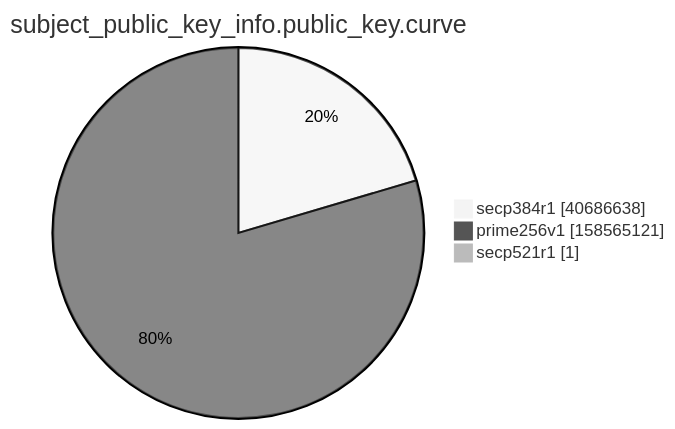
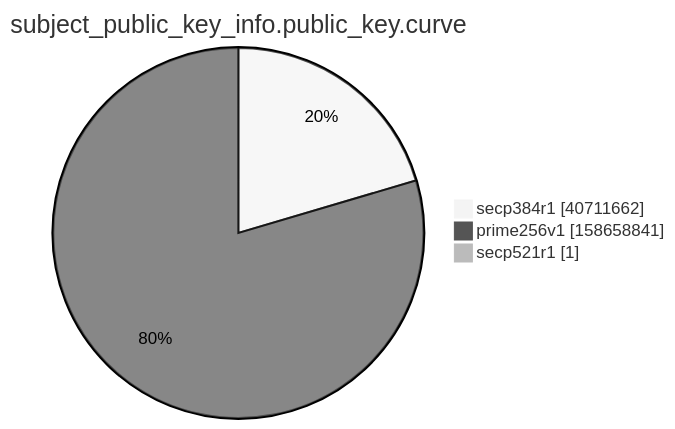
One commit to christiankrug/ctmonitor_visualization changed the ninth of 15 diagrams in xenon2022/README.md. Above: the diagram before and after it, drawn with Mermaid (neutral theme). The commit also changed other lines of this file, not shown here.

````diff
--- a/xenon2022/README.md
+++ b/xenon2022/README.md
@@ -2867,7 +2867,7 @@
 ```mermaid
 pie showData
 title subject_public_key_info.public_key.curve
-"secp384r1" :40686638
-"prime256v1" :158565121
+"secp384r1" :40711662
+"prime256v1" :158658841
 "secp521r1" :1
 ```
````
